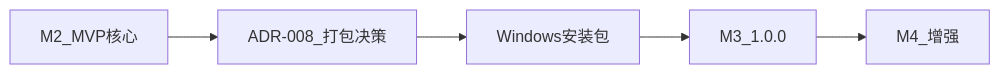
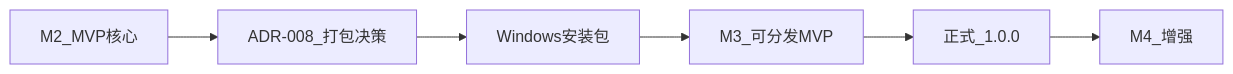
The diagram in docs/planning/03-roadmap.md (qiuku2022/SentRealm), drawn with Mermaid before and after one commit. The commit also changed other lines of this file and 13 other files, not shown here.

````diff
--- a/docs/planning/03-roadmap.md
+++ b/docs/planning/03-roadmap.md
@@ -137,13 +143,15 @@
 ```mermaid
 flowchart LR
   M2[M2_MVP核心]
   ADR8[ADR-008_打包决策]
   Installer[Windows安装包]
-  M3[M3_1.0.0]
+  M3[M3_可分发MVP]
+  V1[正式_1.0.0]
   M4[M4_增强]
 
   M2 --> ADR8
   ADR8 --> Installer
   Installer --> M3
-  M3 --> M4
+  M3 --> V1
+  V1 --> M4
 ```
````
